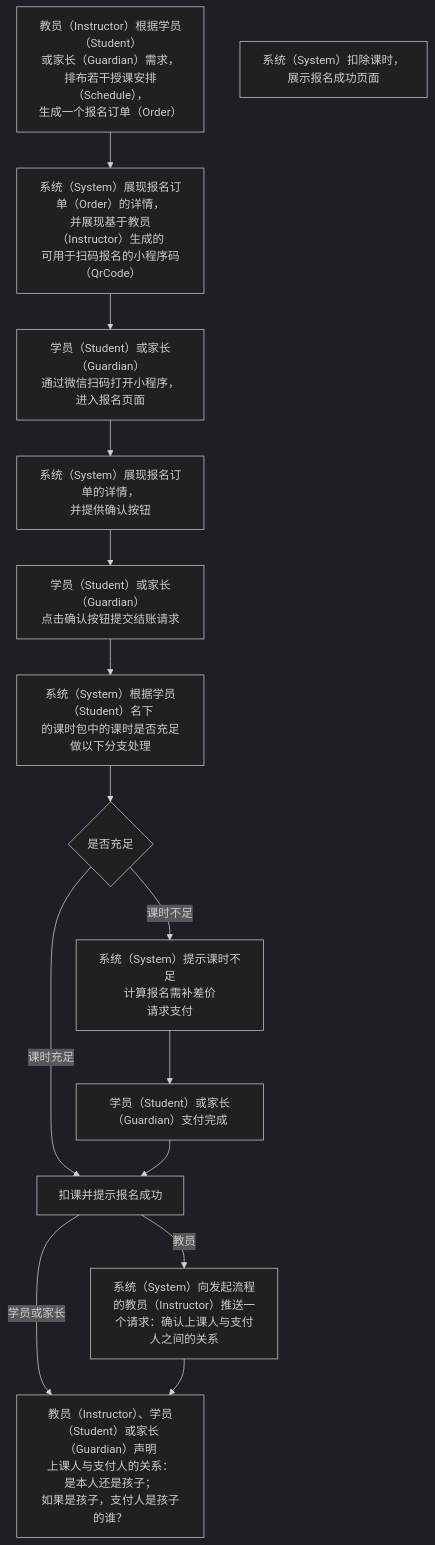
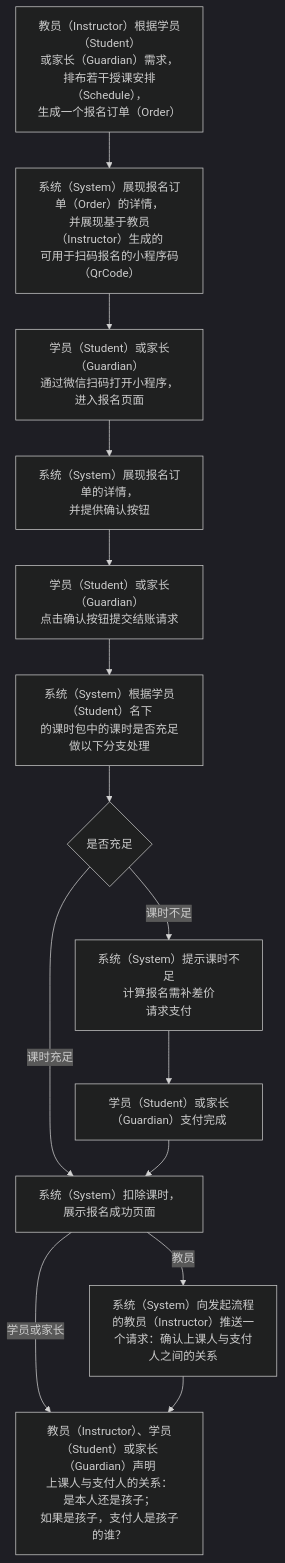
Before and after one commit to world-wide-web/sign: the diagram in 用例/报名.md, drawn with Mermaid (dark theme). The commit also changed other lines of this file, not shown here.

````diff
--- a/用例/报名.md
+++ b/用例/报名.md
@@ -8,41 +8,41 @@
 ```mermaid
 graph TD
 
 生成报名订单-->生成报名码
 生成报名码-->扫码报名
 扫码报名-->展现报名订单
 展现报名订单-->确认并提交结账请求
 确认并提交结账请求-->检查课时数量
 检查课时数量-->判断课时数量
 判断课时数量--课时充足-->扣课并提示报名成功
 判断课时数量--课时不足-->请求支付
 请求支付-->支付完成
 支付完成-->扣课并提示报名成功
 扣课并提示报名成功--教员-->请求身份声明
 扣课并提示报名成功--学员或家长-->身份声明
 请求身份声明-->身份声明
 
 生成报名订单["<center>教员（Instructor）根据学员（Student）<br>或家长（Guardian）需求，<br>排布若干授课安排（Schedule），<br>生成一个报名订单（Order）</center>"]
 
 生成报名码["<center>系统（System）展现报名订单（Order）的详情，<br>并展现基于教员（Instructor）生成的<br>可用于扫码报名的小程序码（QrCode）</center>"]
 
 扫码报名["<center>学员（Student）或家长（Guardian）<br>通过微信扫码打开小程序，进入报名页面</center>"]
 
 展现报名订单["<center>系统（System）展现报名订单的详情，<br>并提供确认按钮</center>"]
 
 确认并提交结账请求["<center>学员（Student）或家长（Guardian）<br>点击确认按钮提交结账请求</center>"]
 
 检查课时数量["<center>系统（System）根据学员（Student）名下<br>的课时包中的课时是否充足做以下分支处理</center>"]
 
 判断课时数量{"<center>是否充足</center>"}
 
 请求支付["<center>系统（System）提示课时不足<br>计算报名需补差价<br>请求支付</center>"]
 
 支付完成["<center>学员（Student）或家长（Guardian）支付完成</center>"]
 
-报名成功["<center>系统（System）扣除课时，展示报名成功页面</center>"]
+扣课并提示报名成功["<center>系统（System）扣除课时，展示报名成功页面</center>"]
 
 请求身份声明["<center>系统（System）向发起流程的教员（Instructor）推送一个请求：确认上课人与支付人之间的关系</center>"]
 
 身份声明["<center>教员（Instructor）、学员（Student）或家长（Guardian）声明<br>上课人与支付人的关系：<br>是本人还是孩子；<br>如果是孩子，支付人是孩子的谁？</center>"]
 ```
````
